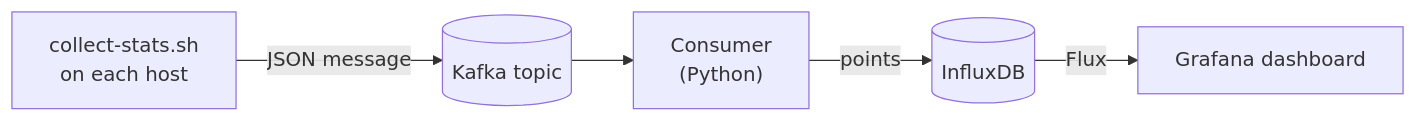
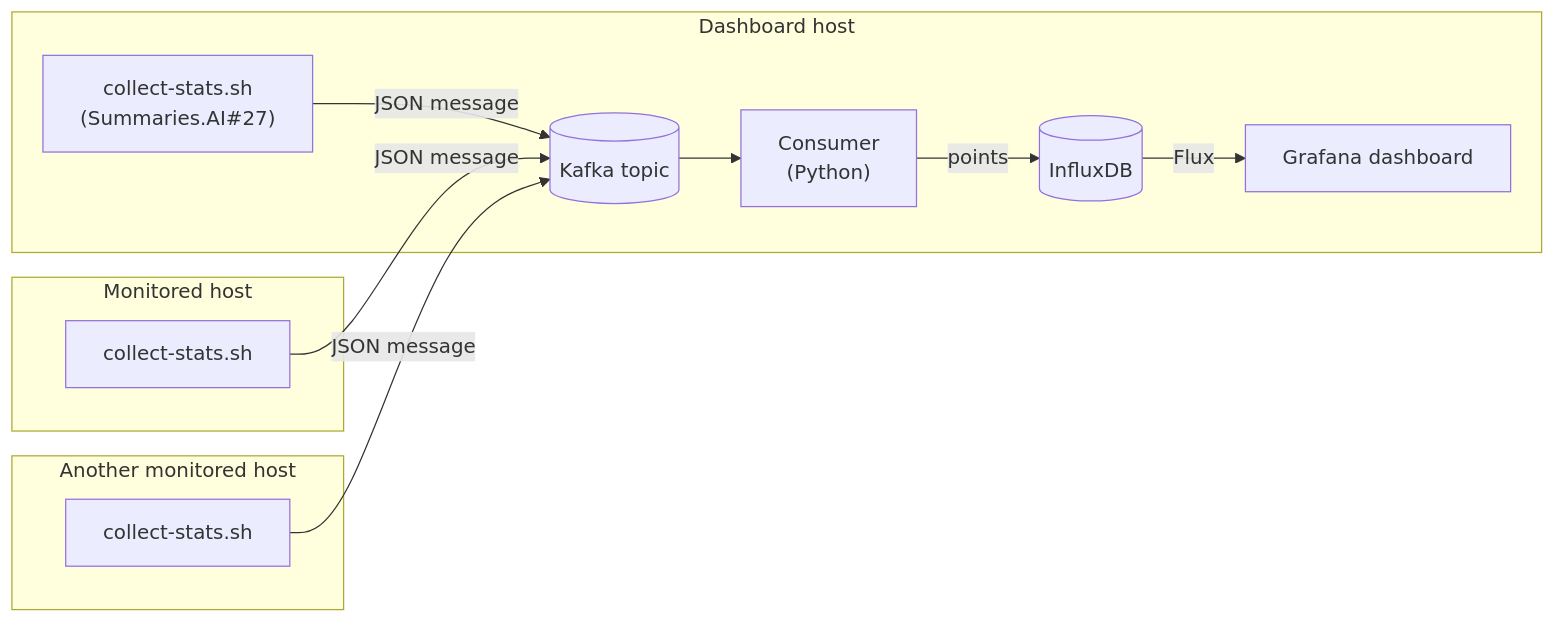
The diagram in README.md (erancha/docker-stats-grafana), drawn with Mermaid before and after one commit. The commit also changed other lines of this file and 6 other files, not shown here.

````diff
--- a/README.md
+++ b/README.md
@@ -32,7 +43,17 @@
 ```mermaid
 flowchart LR
-    P["collect-stats.sh<br/>on each host"] -->|JSON message| K[("Kafka topic")]
-    K --> C["Consumer<br/>(Python)"]
-    C -->|points| I[("InfluxDB")]
-    I -->|Flux| G["Grafana dashboard"]
+    subgraph H1["Monitored host"]
+        P1["collect-stats.sh"]
+    end
+    subgraph H2["Another monitored host"]
+        P2["collect-stats.sh"]
+    end
+    subgraph D["Dashboard host"]
+        P0["collect-stats.sh<br/>(Summaries.AI#27)"] -->|JSON message| K[("Kafka topic")]
+        K --> C["Consumer<br/>(Python)"]
+        C -->|points| I[("InfluxDB")]
+        I -->|Flux| G["Grafana dashboard"]
+    end
+    P1 -->|JSON message| K
+    P2 -->|JSON message| K
 ```
````
